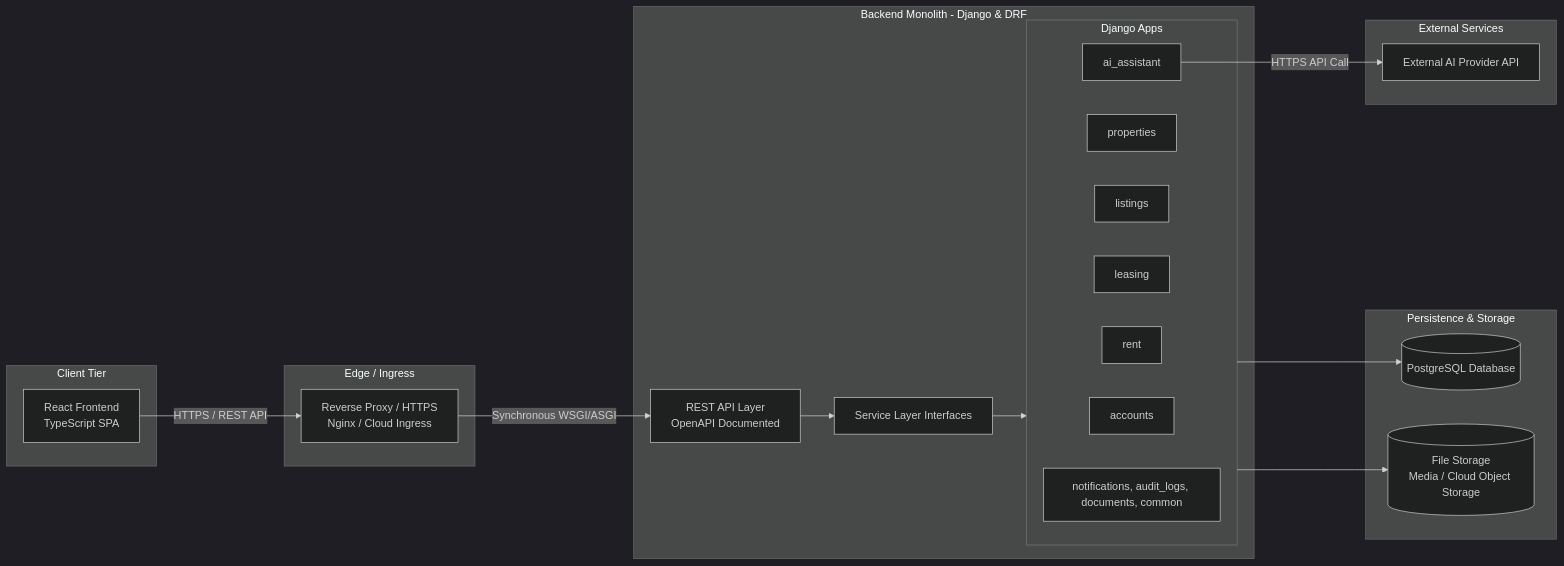
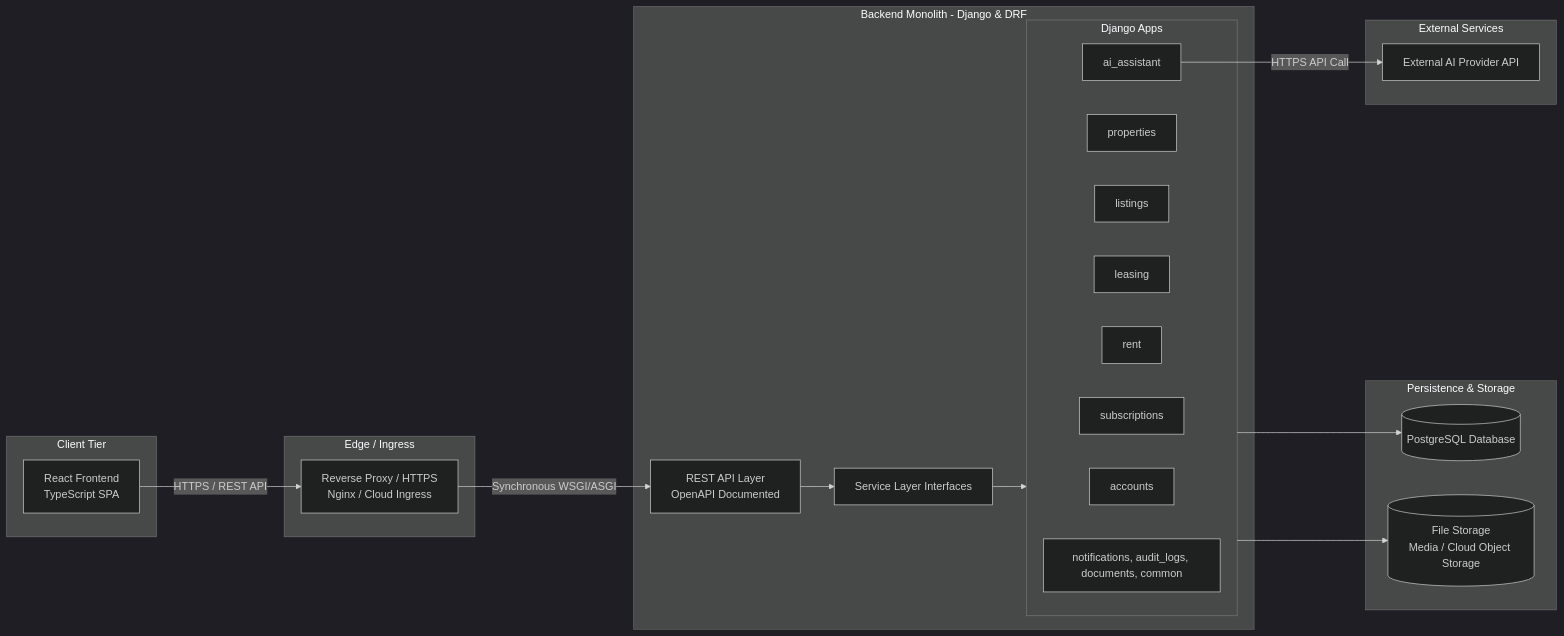
Before and after one commit to Morfomec/proptech-platform: the diagram in docs/final-system-blueprint.md, drawn with Mermaid (dark theme). The commit also changed other lines of this file and 34 other files, not shown here.

````diff
--- a/docs/final-system-blueprint.md
+++ b/docs/final-system-blueprint.md
@@ -68,42 +69,43 @@
 ```mermaid
 graph LR
     subgraph Client [Client Tier]
         Frontend[React Frontend<br>TypeScript SPA]
     end
 
     subgraph Edge [Edge / Ingress]
         Proxy[Reverse Proxy / HTTPS<br>Nginx / Cloud Ingress]
     end
 
     subgraph Backend [Backend Monolith - Django & DRF]
         API[REST API Layer<br>OpenAPI Documented]
         Services[Service Layer Interfaces]
 
         subgraph Modules [Django Apps]
             Accounts[accounts]
             Properties[properties]
             Listings[listings]
             Leasing[leasing]
             Rent[rent]
+            Subscriptions[subscriptions]
             AIModule[ai_assistant]
             Shared[notifications, audit_logs, documents, common]
         end
     end
 
     subgraph Storage [Persistence & Storage]
         DB[(PostgreSQL Database)]
         FileStore[(File Storage<br>Media / Cloud Object Storage)]
     end
 
     subgraph External [External Services]
         AIProvider[External AI Provider API]
     end
 
     Frontend -->|HTTPS / REST API| Proxy
     Proxy -->|Synchronous WSGI/ASGI| API
     API --> Services
     Services --> Modules
     Modules --> DB
     Modules --> FileStore
     AIModule -->|HTTPS API Call| AIProvider
 ```
````
